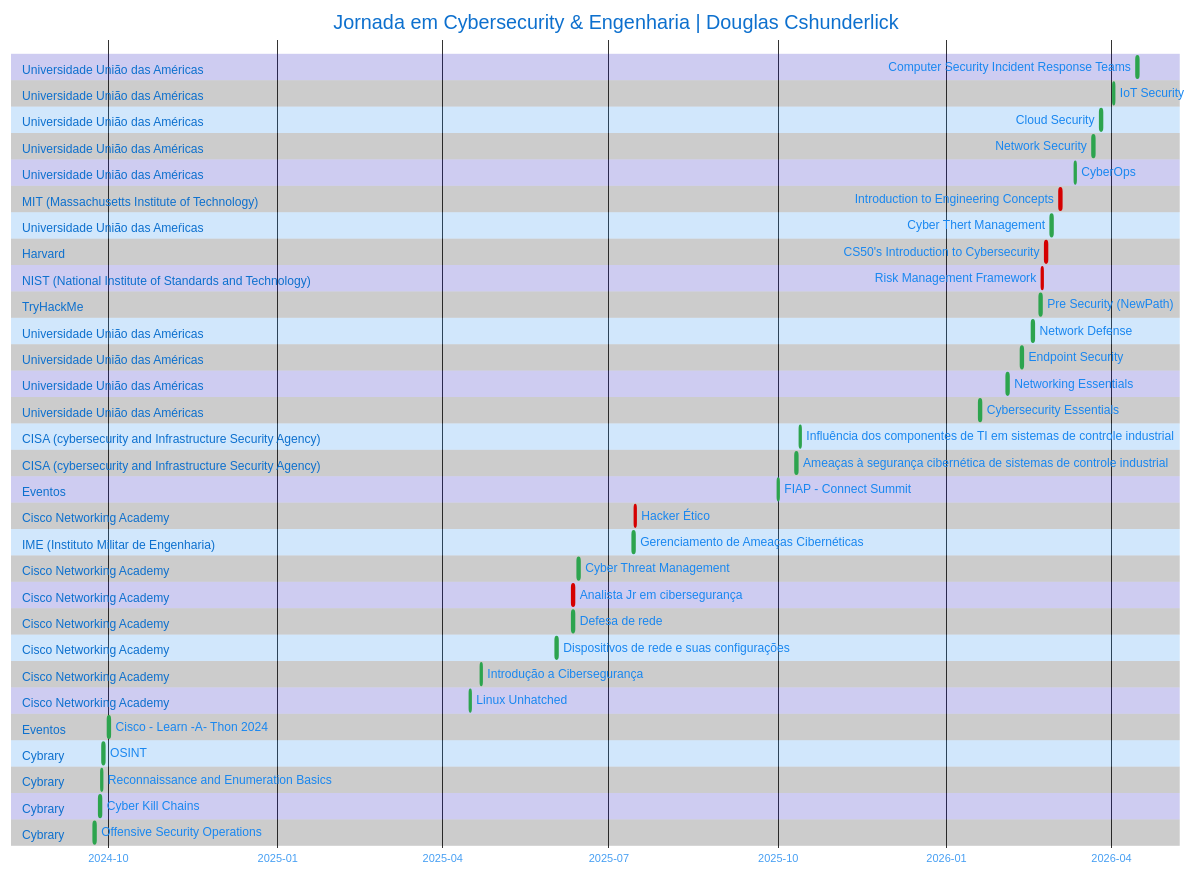
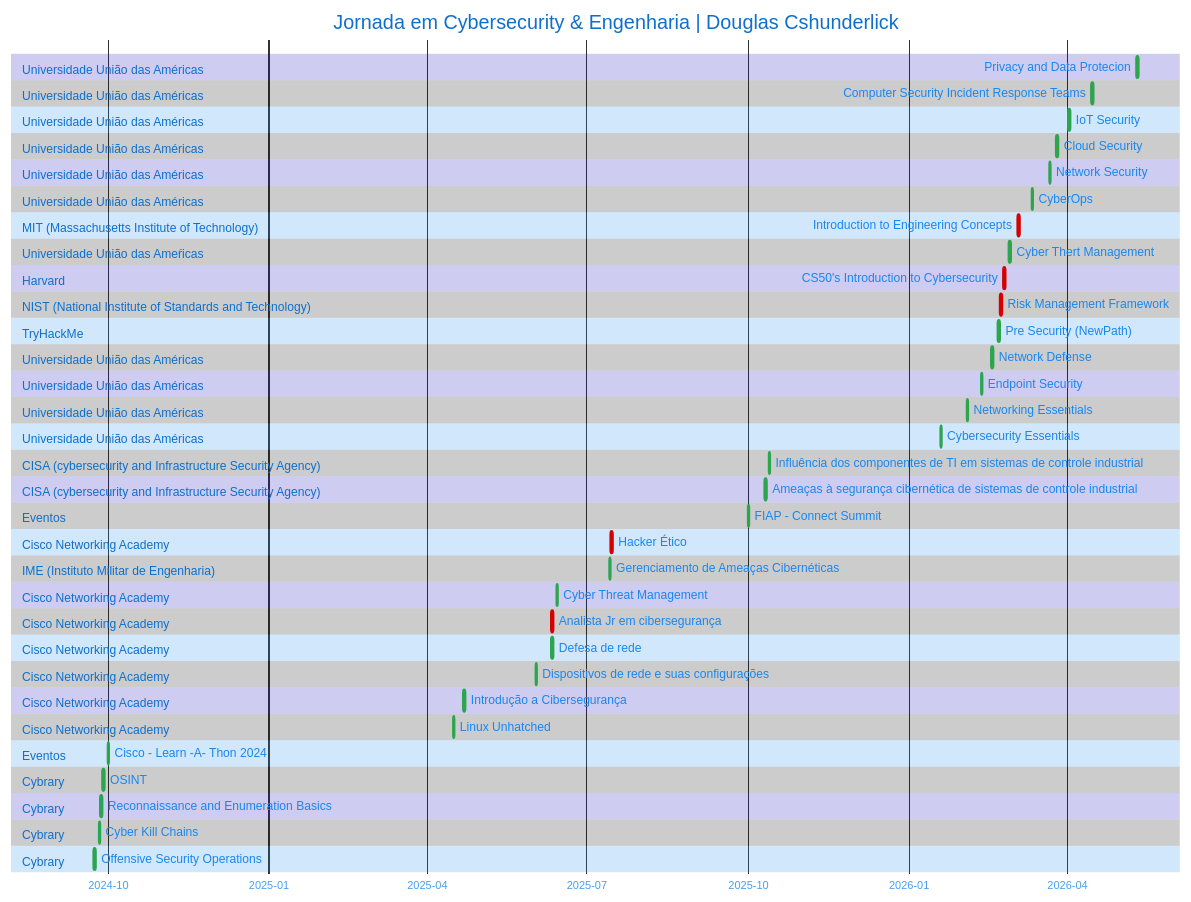
One commit to douglascshun/douglascshun changed the diagram in README.md. Above: the diagram before and after it, drawn with Mermaid.

Commit message:
Add Privacy and Data Protection section
Added a section for Privacy and Data Protection in the README.

```diff
--- a/README.md
+++ b/README.md
@@ -657,6 +657,9 @@
     title Jornada em Cybersecurity & Engenharia | Douglas Cshunderlick
     dateFormat  YYYY-MM-DD
     axisFormat %Y-%m
+
+    section Universidade União das Américas            
+    Privacy and Data Protecion                                           :done, 2026-05-11, 1d
 
     section Universidade União das Américas           
     Computer Security Incident Response Teams                            :done, 2026-04-15, 1d
```
